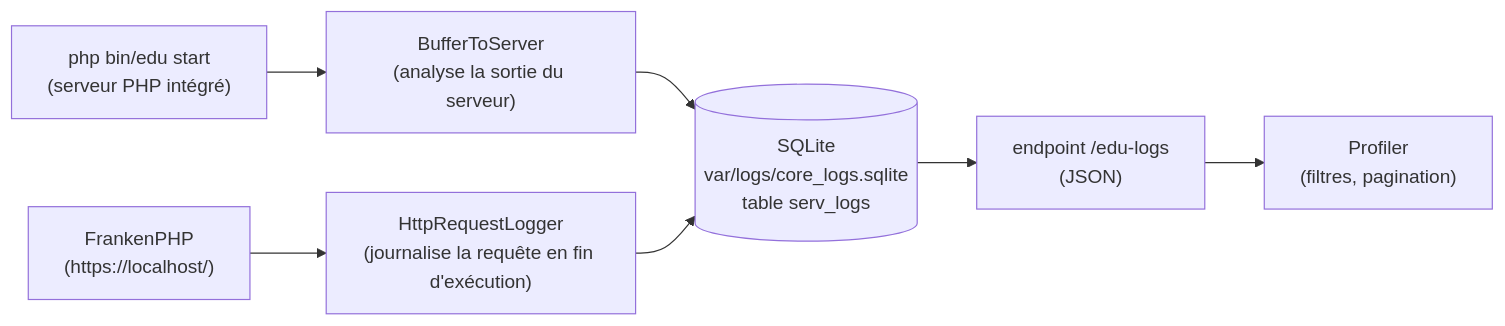
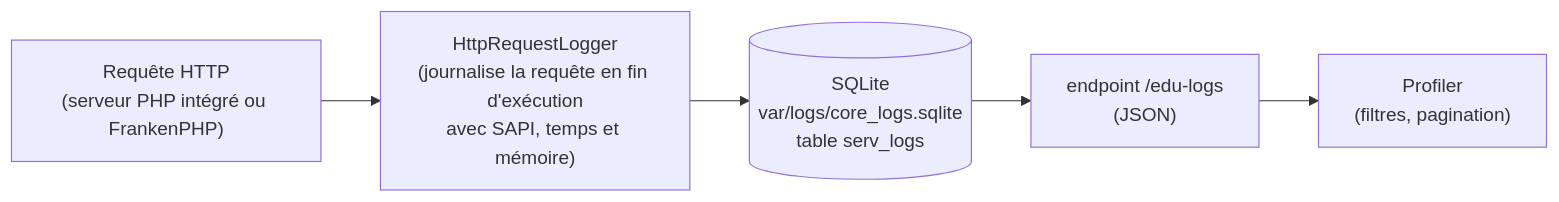
The diagram in docs/boost/debug-bar.md (studoo-app/edu-framework), drawn with Mermaid before and after one commit. The commit also changed other lines of this file and 7 other files, not shown here.

Commit message:
feat: ajout de la journalisation des requêtes HTTP pour tous les SAPI, incluant le temps d'exécution et la mémoire utilisée

````diff
--- a/docs/boost/debug-bar.md
+++ b/docs/boost/debug-bar.md
@@ -155,9 +161,7 @@
 ```mermaid
 flowchart LR
-    S["php bin/edu start<br/>(serveur PHP intégré)"] --> BF["BufferToServer<br/>(analyse la sortie du serveur)"]
-    FP["FrankenPHP<br/>(https://localhost/)"] --> HR["HttpRequestLogger<br/>(journalise la requête en fin d'exécution)"]
-    BF --> DB[("SQLite<br/>var/logs/core_logs.sqlite<br/>table serv_logs")]
-    HR --> DB
+    S["Requête HTTP<br/>(serveur PHP intégré ou FrankenPHP)"] --> HR["HttpRequestLogger<br/>(journalise la requête en fin d'exécution<br/>avec SAPI, temps et mémoire)"]
+    HR --> DB[("SQLite<br/>var/logs/core_logs.sqlite<br/>table serv_logs")]
     DB --> API["endpoint /edu-logs<br/>(JSON)"]
     API --> P["Profiler<br/>(filtres, pagination)"]
 ```
````
